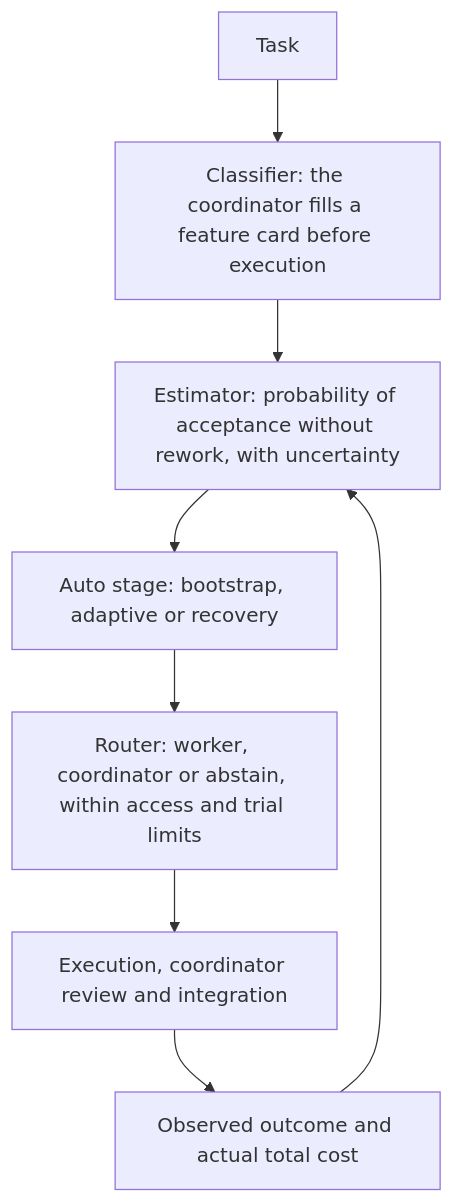
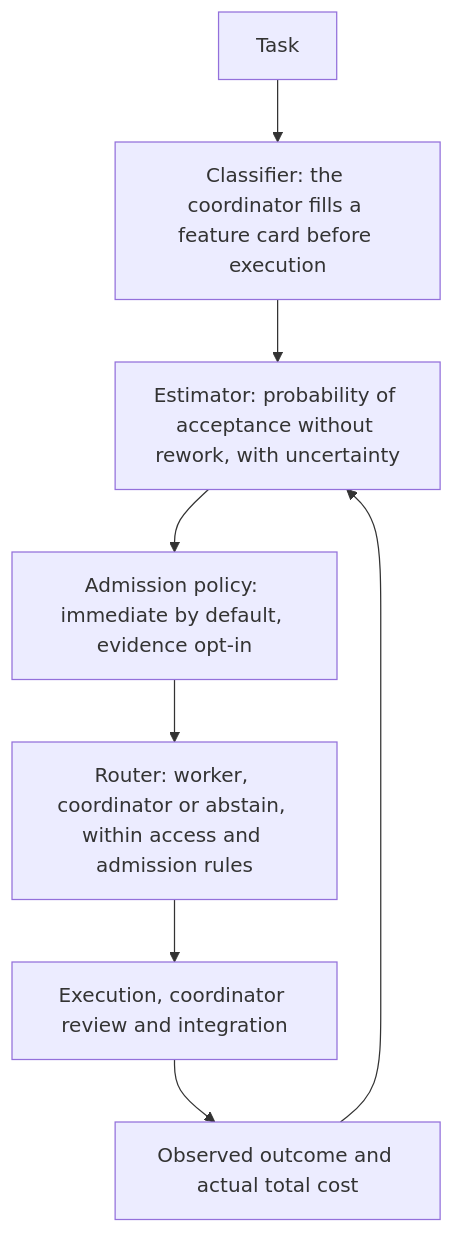
One commit to kirill31337/deepseek-team changed the diagram in docs/ROUTING.md. Above: the diagram before and after it, drawn with Mermaid. The commit also changed other lines of this file and 30 other files, not shown here.

````diff
--- a/docs/ROUTING.md
+++ b/docs/ROUTING.md
@@ -16,10 +16,10 @@
 ```mermaid
 flowchart TD
     T[Task] --> C["Classifier: the coordinator fills a feature card before execution"]
     C --> E["Estimator: probability of acceptance without rework, with uncertainty"]
-    E --> S["Auto stage: bootstrap, adaptive or recovery"]
-    S --> R["Router: worker, coordinator or abstain, within access and trial limits"]
+    E --> S["Admission policy: immediate by default, evidence opt-in"]
+    S --> R["Router: worker, coordinator or abstain, within access and admission rules"]
     R --> X["Execution, coordinator review and integration"]
     X --> O["Observed outcome and actual total cost"]
     O --> E
 ```
````
